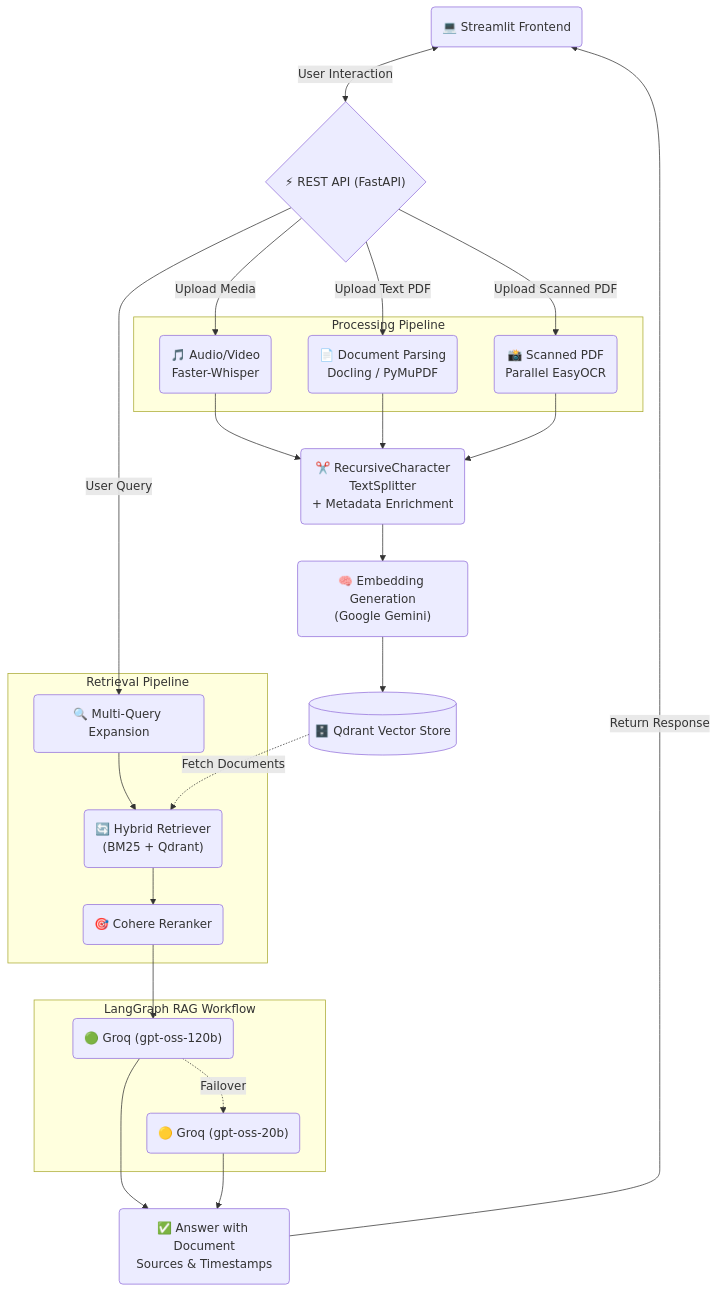
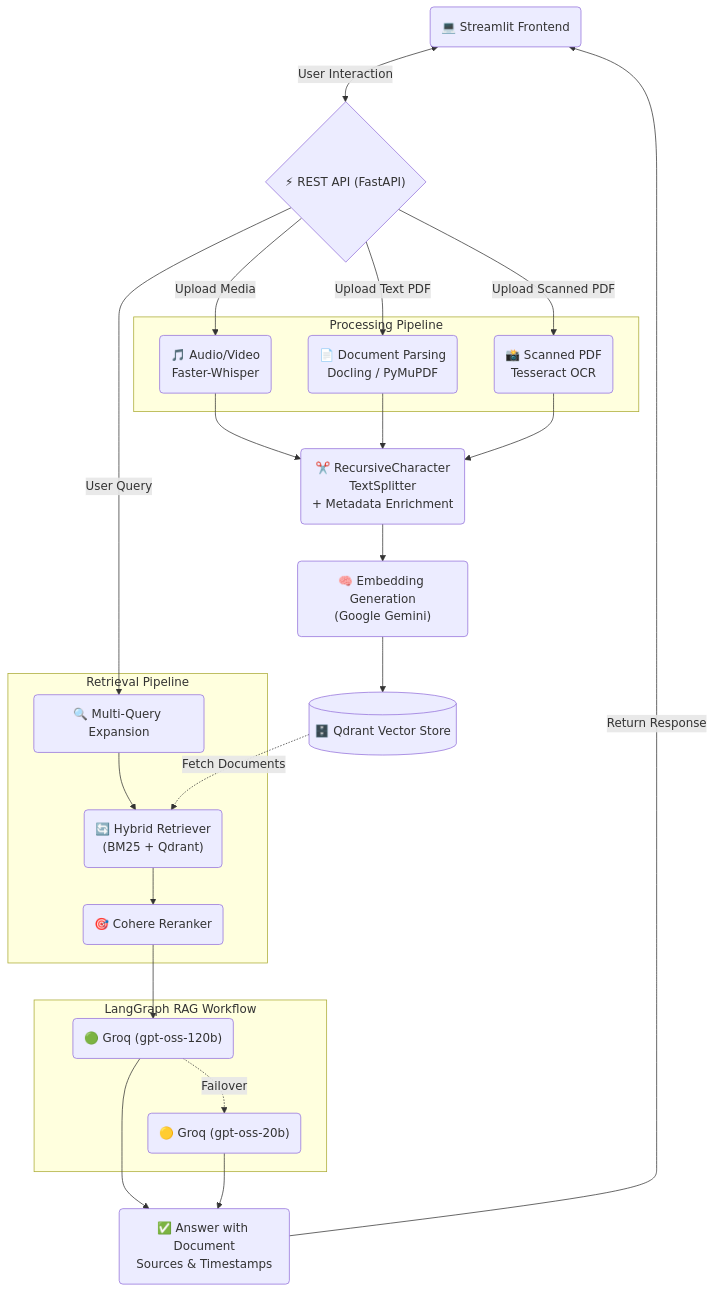
One commit to Uday-1001/CogniSphere changed the diagram in README.md. Above: the diagram before and after it, drawn with Mermaid. The commit also changed other lines of this file and 5 other files, not shown here.

Commit message:
Replacing EasyOCR with PyTesseract to be under constraints

````diff
--- a/README.md
+++ b/README.md
@@ -47,56 +47,56 @@
 ```mermaid
 flowchart TD
     %% Nodes
     UI("💻 Streamlit Frontend")
     API{"⚡ REST API (FastAPI)"}
     
     subgraph "Processing Pipeline"
         AV("🎵 Audio/Video<br>Faster-Whisper")
         Doc("📄 Document Parsing<br>Docling / PyMuPDF")
-        Scan("📸 Scanned PDF<br>Parallel EasyOCR")
+        Scan("📸 Scanned PDF<br>Tesseract OCR")
     end
     
     Chunking("✂️ RecursiveCharacter<br>TextSplitter<br>+ Metadata Enrichment")
     Embed("🧠 Embedding Generation<br>(Google Gemini)")
     DB[("🗄️ Qdrant Vector Store")]
     
     subgraph "Retrieval Pipeline"
         MQE("🔍 Multi-Query Expansion")
         Hybrid("🔄 Hybrid Retriever<br>(BM25 + Qdrant)")
         Rerank("🎯 Cohere Reranker")
     end
     
     subgraph "LangGraph RAG Workflow"
         Groq1("🟢 Groq (gpt-oss-120b)")
         Groq2("🟡 Groq (gpt-oss-20b)")
     end
     
     Out("✅ Answer with Document<br>Sources & Timestamps")
     
     %% Edges
     UI <-->|User Interaction| API
     
     API -->|Upload Media| AV
     API -->|Upload Text PDF| Doc
     API -->|Upload Scanned PDF| Scan
     
     AV --> Chunking
     Doc --> Chunking
     Scan --> Chunking
     
     Chunking --> Embed
     Embed --> DB
     
     API -->|User Query| MQE
     MQE --> Hybrid
     DB -.->|Fetch Documents| Hybrid
     Hybrid --> Rerank
     
     Rerank --> Groq1
     Groq1 -.->|Failover| Groq2
     
     Groq1 --> Out
     Groq2 --> Out
     
     Out -->|Return Response| UI
 ```
````
